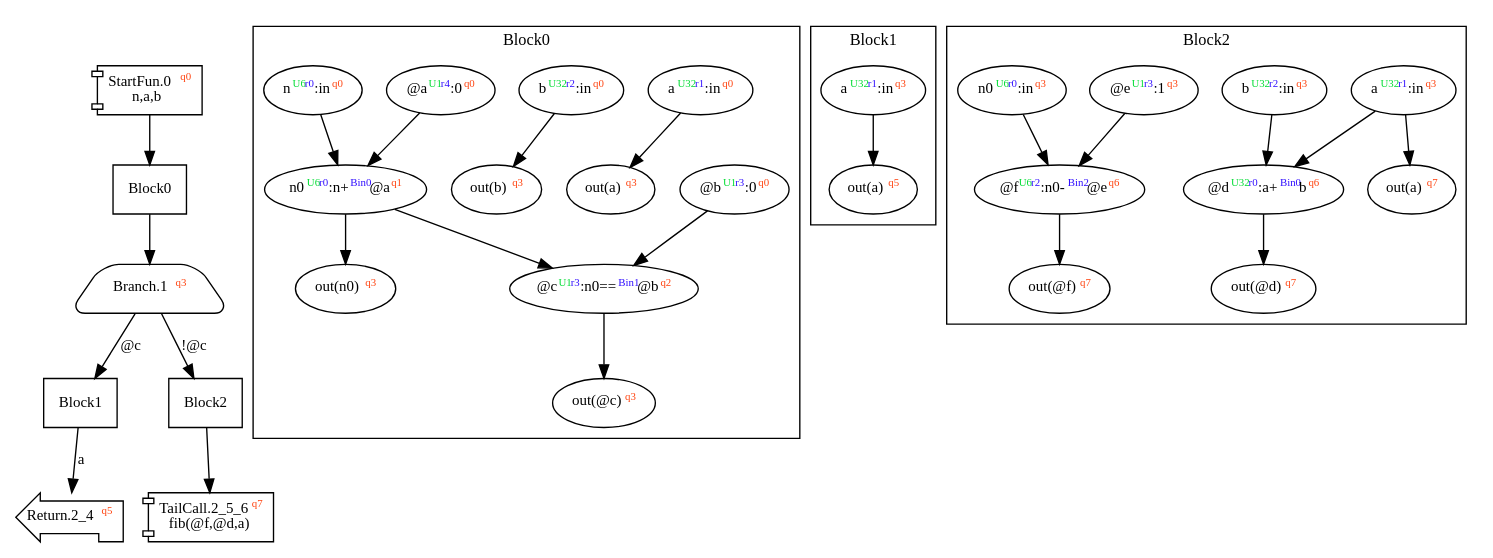
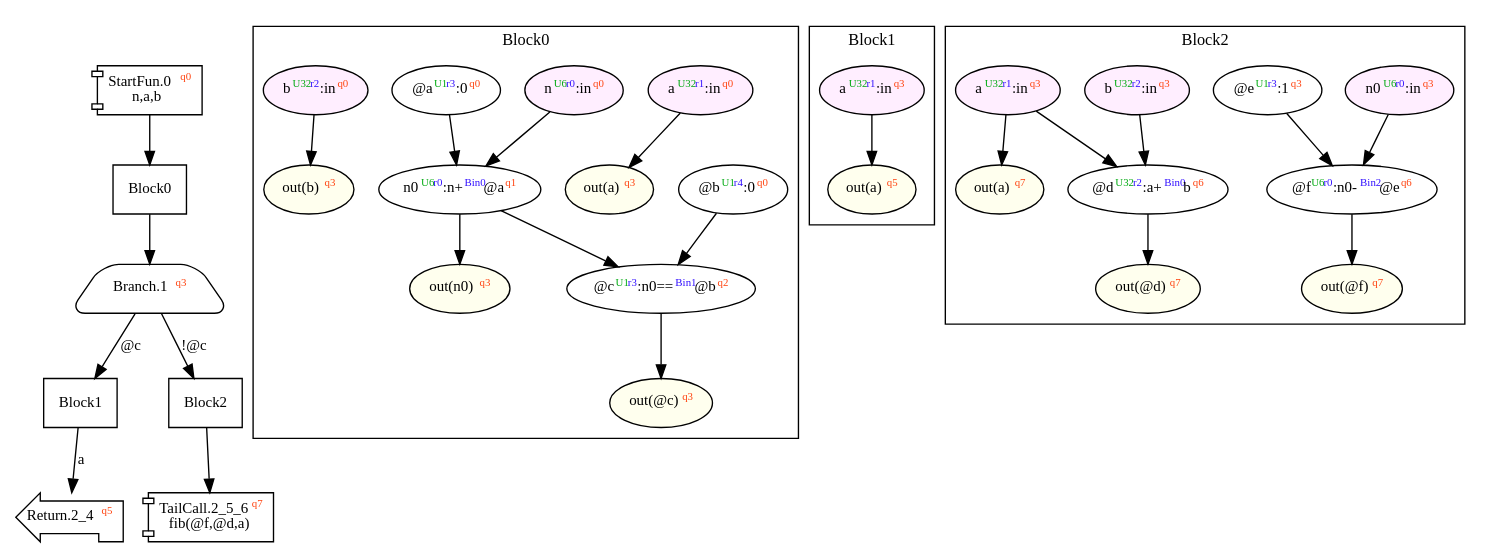
The diagram in dist/fib.dot (akouryy/SyntheScala), drawn with Graphviz before and after one commit. The commit also changed 37 other files, not shown here.

```diff
--- a/dist/fib.dot
+++ b/dist/fib.dot
@@ -1,71 +1,71 @@
 digraph Program_ {
   graph [fontname = "Monaco", fontsize = 12, ranksep = 0.5];
   node [shape = box, fontname = "Monaco", fontsize = 11; colorscheme = pastel19];
   edge [fontname = "Monaco", fontsize = 11; colorscheme = pastel19];
   Jump0[label = <StartFun.0<font color="#ff4411" point-size="8"><sup>q0</sup></font><br/>n,a,b>; shape = component];
   Jump0 -> Block0;
   Jump1[
     label = <Branch.1<font color="#ff4411" point-size="8"><sup>q3</sup></font>>;
     shape = trapezium; style = rounded;
   ];
   Block0 -> Jump1;
   Jump1 -> Block1 [label="@c"];
   Jump1 -> Block2 [label="!@c"];
   Jump2_4[label = <Return.2_4<font color="#ff4411" point-size="8"><sup>q5</sup></font>>; shape = lpromoter];
   Block1 -> Jump2_4 [label="a"];
   Jump2_5_6[label = <TailCall.2_5_6<font color="#ff4411" point-size="8"><sup>q7</sup></font><br/>fib(@f,@d,a)>; shape = component];
   Block2 -> Jump2_5_6;
   Block0 [label = "Block0"];
   Block1 [label = "Block1"];
   Block2 [label = "Block2"];
   subgraph cluster_dfg_Block0 {
     node [shape = oval];
     label = "Block0";
-    ndBlock0_0 [label=<out(b)<font color="#ff4411" point-size="8"><sup>q3</sup></font>>];
-    ndBlock0_1 [label=<out(n0)<font color="#ff4411" point-size="8"><sup>q3</sup></font>>];
-    ndBlock0_2 [label=<@b<font color="#00dd33" point-size="8"><sup>U1</sup></font><font color="#3311ff" point-size="8"><sup>r3</sup></font>:0<font color="#ff4411" point-size="8"><sup>q0</sup></font>>];
-    ndBlock0_3 [label=<@c<font color="#00dd33" point-size="8"><sup>U1</sup></font><font color="#3311ff" point-size="8"><sup>r3</sup></font>:n0==<font color="#3311ff" point-size="8"><sup>Bin1</sup></font>@b<font color="#ff4411" point-size="8"><sup>q2</sup></font>>];
-    ndBlock0_4 [label=<out(@c)<font color="#ff4411" point-size="8"><sup>q3</sup></font>>];
-    ndBlock0_5 [label=<a<font color="#00dd33" point-size="8"><sup>U32</sup></font><font color="#3311ff" point-size="8"><sup>r1</sup></font>:in<font color="#ff4411" point-size="8"><sup>q0</sup></font>>];
-    ndBlock0_6 [label=<b<font color="#00dd33" point-size="8"><sup>U32</sup></font><font color="#3311ff" point-size="8"><sup>r2</sup></font>:in<font color="#ff4411" point-size="8"><sup>q0</sup></font>>];
-    ndBlock0_7 [label=<@a<font color="#00dd33" point-size="8"><sup>U1</sup></font><font color="#3311ff" point-size="8"><sup>r4</sup></font>:0<font color="#ff4411" point-size="8"><sup>q0</sup></font>>];
-    ndBlock0_8 [label=<n<font color="#00dd33" point-size="8"><sup>U6</sup></font><font color="#3311ff" point-size="8"><sup>r0</sup></font>:in<font color="#ff4411" point-size="8"><sup>q0</sup></font>>];
-    ndBlock0_9 [label=<n0<font color="#00dd33" point-size="8"><sup>U6</sup></font><font color="#3311ff" point-size="8"><sup>r0</sup></font>:n+<font color="#3311ff" point-size="8"><sup>Bin0</sup></font>@a<font color="#ff4411" point-size="8"><sup>q1</sup></font>>];
-    ndBlock0_10 [label=<out(a)<font color="#ff4411" point-size="8"><sup>q3</sup></font>>];
-    ndBlock0_2 -> ndBlock0_3;
-    ndBlock0_3 -> ndBlock0_4;
-    ndBlock0_5 -> ndBlock0_10;
-    ndBlock0_6 -> ndBlock0_0;
-    ndBlock0_7 -> ndBlock0_9;
-    ndBlock0_8 -> ndBlock0_9;
-    ndBlock0_9 -> ndBlock0_1;
-    ndBlock0_9 -> ndBlock0_3;
+    0 [label=<@a<font color="#00aa11" point-size="8"><sup>U1</sup></font><font color="#3311ff" point-size="8"><sup>r3</sup></font>:0<font color="#ff4411" point-size="8"><sup>q0</sup></font>>; ];
+    20 [label=<out(n0)<font color="#ff4411" point-size="8"><sup>q3</sup></font>>; style="filled"; fillcolor="#ffffee";];
+    1 [label=<n0<font color="#00aa11" point-size="8"><sup>U6</sup></font><font color="#3311ff" point-size="8"><sup>r0</sup></font>:n+<font color="#3311ff" point-size="8"><sup>Bin0</sup></font>@a<font color="#ff4411" point-size="8"><sup>q1</sup></font>>; ];
+    21 [label=<out(b)<font color="#ff4411" point-size="8"><sup>q3</sup></font>>; style="filled"; fillcolor="#ffffee";];
+    2 [label=<@b<font color="#00aa11" point-size="8"><sup>U1</sup></font><font color="#3311ff" point-size="8"><sup>r4</sup></font>:0<font color="#ff4411" point-size="8"><sup>q0</sup></font>>; ];
+    17 [label=<a<font color="#00aa11" point-size="8"><sup>U32</sup></font><font color="#3311ff" point-size="8"><sup>r1</sup></font>:in<font color="#ff4411" point-size="8"><sup>q0</sup></font>>; style="filled"; fillcolor="#ffeeff";];
+    22 [label=<out(@c)<font color="#ff4411" point-size="8"><sup>q3</sup></font>>; style="filled"; fillcolor="#ffffee";];
+    3 [label=<@c<font color="#00aa11" point-size="8"><sup>U1</sup></font><font color="#3311ff" point-size="8"><sup>r3</sup></font>:n0==<font color="#3311ff" point-size="8"><sup>Bin1</sup></font>@b<font color="#ff4411" point-size="8"><sup>q2</sup></font>>; ];
+    18 [label=<b<font color="#00aa11" point-size="8"><sup>U32</sup></font><font color="#3311ff" point-size="8"><sup>r2</sup></font>:in<font color="#ff4411" point-size="8"><sup>q0</sup></font>>; style="filled"; fillcolor="#ffeeff";];
+    16 [label=<n<font color="#00aa11" point-size="8"><sup>U6</sup></font><font color="#3311ff" point-size="8"><sup>r0</sup></font>:in<font color="#ff4411" point-size="8"><sup>q0</sup></font>>; style="filled"; fillcolor="#ffeeff";];
+    19 [label=<out(a)<font color="#ff4411" point-size="8"><sup>q3</sup></font>>; style="filled"; fillcolor="#ffffee";];
+    0 -> 1;
+    1 -> 3;
+    1 -> 20;
+    2 -> 3;
+    3 -> 22;
+    16 -> 1;
+    17 -> 19;
+    18 -> 21;
   }
   subgraph cluster_dfg_Block1 {
     node [shape = oval];
     label = "Block1";
-    ndBlock1_0 [label=<a<font color="#00dd33" point-size="8"><sup>U32</sup></font><font color="#3311ff" point-size="8"><sup>r1</sup></font>:in<font color="#ff4411" point-size="8"><sup>q3</sup></font>>];
-    ndBlock1_1 [label=<out(a)<font color="#ff4411" point-size="8"><sup>q5</sup></font>>];
-    ndBlock1_0 -> ndBlock1_1;
+    10 [label=<a<font color="#00aa11" point-size="8"><sup>U32</sup></font><font color="#3311ff" point-size="8"><sup>r1</sup></font>:in<font color="#ff4411" point-size="8"><sup>q3</sup></font>>; style="filled"; fillcolor="#ffeeff";];
+    11 [label=<out(a)<font color="#ff4411" point-size="8"><sup>q5</sup></font>>; style="filled"; fillcolor="#ffffee";];
+    10 -> 11;
   }
   subgraph cluster_dfg_Block2 {
     node [shape = oval];
     label = "Block2";
-    ndBlock2_0 [label=<@e<font color="#00dd33" point-size="8"><sup>U1</sup></font><font color="#3311ff" point-size="8"><sup>r3</sup></font>:1<font color="#ff4411" point-size="8"><sup>q3</sup></font>>];
-    ndBlock2_1 [label=<@d<font color="#00dd33" point-size="8"><sup>U32</sup></font><font color="#3311ff" point-size="8"><sup>r0</sup></font>:a+<font color="#3311ff" point-size="8"><sup>Bin0</sup></font>b<font color="#ff4411" point-size="8"><sup>q6</sup></font>>];
-    ndBlock2_2 [label=<out(@d)<font color="#ff4411" point-size="8"><sup>q7</sup></font>>];
-    ndBlock2_3 [label=<out(a)<font color="#ff4411" point-size="8"><sup>q7</sup></font>>];
-    ndBlock2_4 [label=<out(@f)<font color="#ff4411" point-size="8"><sup>q7</sup></font>>];
-    ndBlock2_5 [label=<@f<font color="#00dd33" point-size="8"><sup>U6</sup></font><font color="#3311ff" point-size="8"><sup>r2</sup></font>:n0-<font color="#3311ff" point-size="8"><sup>Bin2</sup></font>@e<font color="#ff4411" point-size="8"><sup>q6</sup></font>>];
-    ndBlock2_6 [label=<a<font color="#00dd33" point-size="8"><sup>U32</sup></font><font color="#3311ff" point-size="8"><sup>r1</sup></font>:in<font color="#ff4411" point-size="8"><sup>q3</sup></font>>];
-    ndBlock2_7 [label=<b<font color="#00dd33" point-size="8"><sup>U32</sup></font><font color="#3311ff" point-size="8"><sup>r2</sup></font>:in<font color="#ff4411" point-size="8"><sup>q3</sup></font>>];
-    ndBlock2_8 [label=<n0<font color="#00dd33" point-size="8"><sup>U6</sup></font><font color="#3311ff" point-size="8"><sup>r0</sup></font>:in<font color="#ff4411" point-size="8"><sup>q3</sup></font>>];
-    ndBlock2_0 -> ndBlock2_5;
-    ndBlock2_1 -> ndBlock2_2;
-    ndBlock2_5 -> ndBlock2_4;
-    ndBlock2_6 -> ndBlock2_1;
-    ndBlock2_6 -> ndBlock2_3;
-    ndBlock2_7 -> ndBlock2_1;
-    ndBlock2_8 -> ndBlock2_5;
+    5 [label=<@e<font color="#00aa11" point-size="8"><sup>U1</sup></font><font color="#3311ff" point-size="8"><sup>r3</sup></font>:1<font color="#ff4411" point-size="8"><sup>q3</sup></font>>; ];
+    14 [label=<b<font color="#00aa11" point-size="8"><sup>U32</sup></font><font color="#3311ff" point-size="8"><sup>r2</sup></font>:in<font color="#ff4411" point-size="8"><sup>q3</sup></font>>; style="filled"; fillcolor="#ffeeff";];
+    6 [label=<@f<font color="#00aa11" point-size="8"><sup>U6</sup></font><font color="#3311ff" point-size="8"><sup>r0</sup></font>:n0-<font color="#3311ff" point-size="8"><sup>Bin2</sup></font>@e<font color="#ff4411" point-size="8"><sup>q6</sup></font>>; ];
+    13 [label=<n0<font color="#00aa11" point-size="8"><sup>U6</sup></font><font color="#3311ff" point-size="8"><sup>r0</sup></font>:in<font color="#ff4411" point-size="8"><sup>q3</sup></font>>; style="filled"; fillcolor="#ffeeff";];
+    12 [label=<a<font color="#00aa11" point-size="8"><sup>U32</sup></font><font color="#3311ff" point-size="8"><sup>r1</sup></font>:in<font color="#ff4411" point-size="8"><sup>q3</sup></font>>; style="filled"; fillcolor="#ffeeff";];
+    23 [label=<out(@f)<font color="#ff4411" point-size="8"><sup>q7</sup></font>>; style="filled"; fillcolor="#ffffee";];
+    4 [label=<@d<font color="#00aa11" point-size="8"><sup>U32</sup></font><font color="#3311ff" point-size="8"><sup>r2</sup></font>:a+<font color="#3311ff" point-size="8"><sup>Bin0</sup></font>b<font color="#ff4411" point-size="8"><sup>q6</sup></font>>; ];
+    24 [label=<out(@d)<font color="#ff4411" point-size="8"><sup>q7</sup></font>>; style="filled"; fillcolor="#ffffee";];
+    25 [label=<out(a)<font color="#ff4411" point-size="8"><sup>q7</sup></font>>; style="filled"; fillcolor="#ffffee";];
+    4 -> 24;
+    5 -> 6;
+    6 -> 23;
+    12 -> 4;
+    12 -> 25;
+    13 -> 6;
+    14 -> 4;
   }
 }
```
